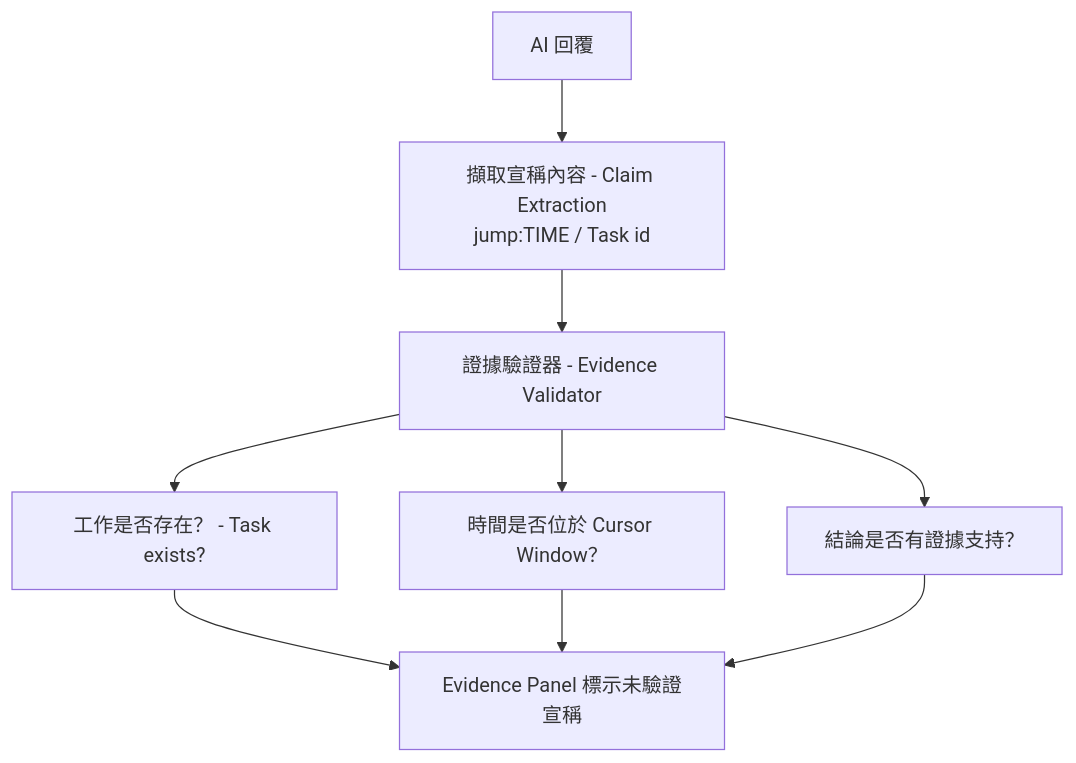
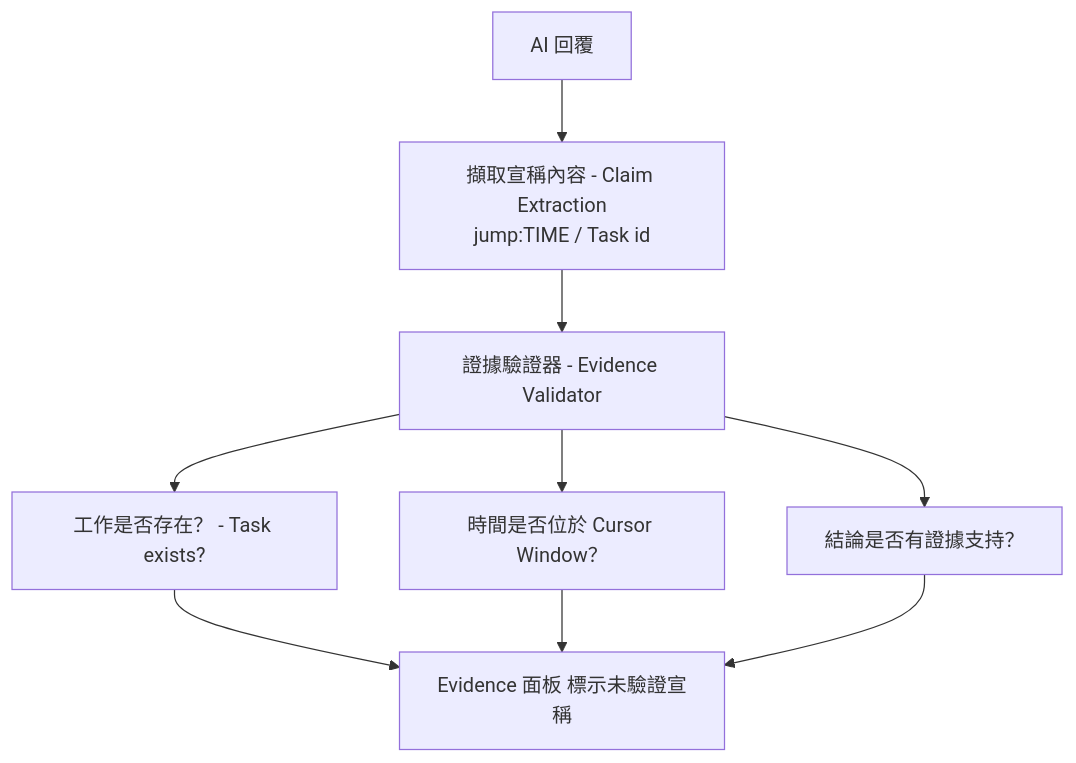
Before and after one commit to kuopinghsu/FreeRTOS-BTF-Trace: diagram 11 of 11 in BTFViewer/AI_zh-TW.md, drawn with Mermaid. The commit also changed other lines of this file and 112 other files, not shown here.

````diff
--- a/BTFViewer/AI_zh-TW.md
+++ b/BTFViewer/AI_zh-TW.md
@@ -1490,11 +1487,11 @@
 ```mermaid
 flowchart TD
   reply["AI 回覆"] --> extract["擷取宣稱內容 - Claim Extraction<br/>jump:TIME / Task id"]
   extract --> validator["證據驗證器 - Evidence Validator"]
   validator --> taskExists["工作是否存在？ - Task exists?"]
   validator --> inWindow["時間是否位於 Cursor Window？"]
   validator --> supported["結論是否有證據支持？"]
-  taskExists --> flags["Evidence Panel 標示未驗證宣稱"]
+  taskExists --> flags["Evidence 面板 標示未驗證宣稱"]
   inWindow --> flags
   supported --> flags
 ```
````
